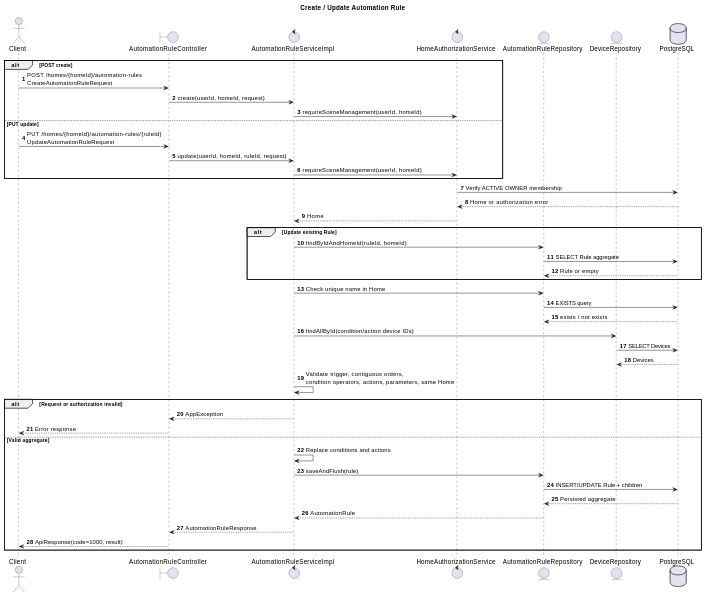
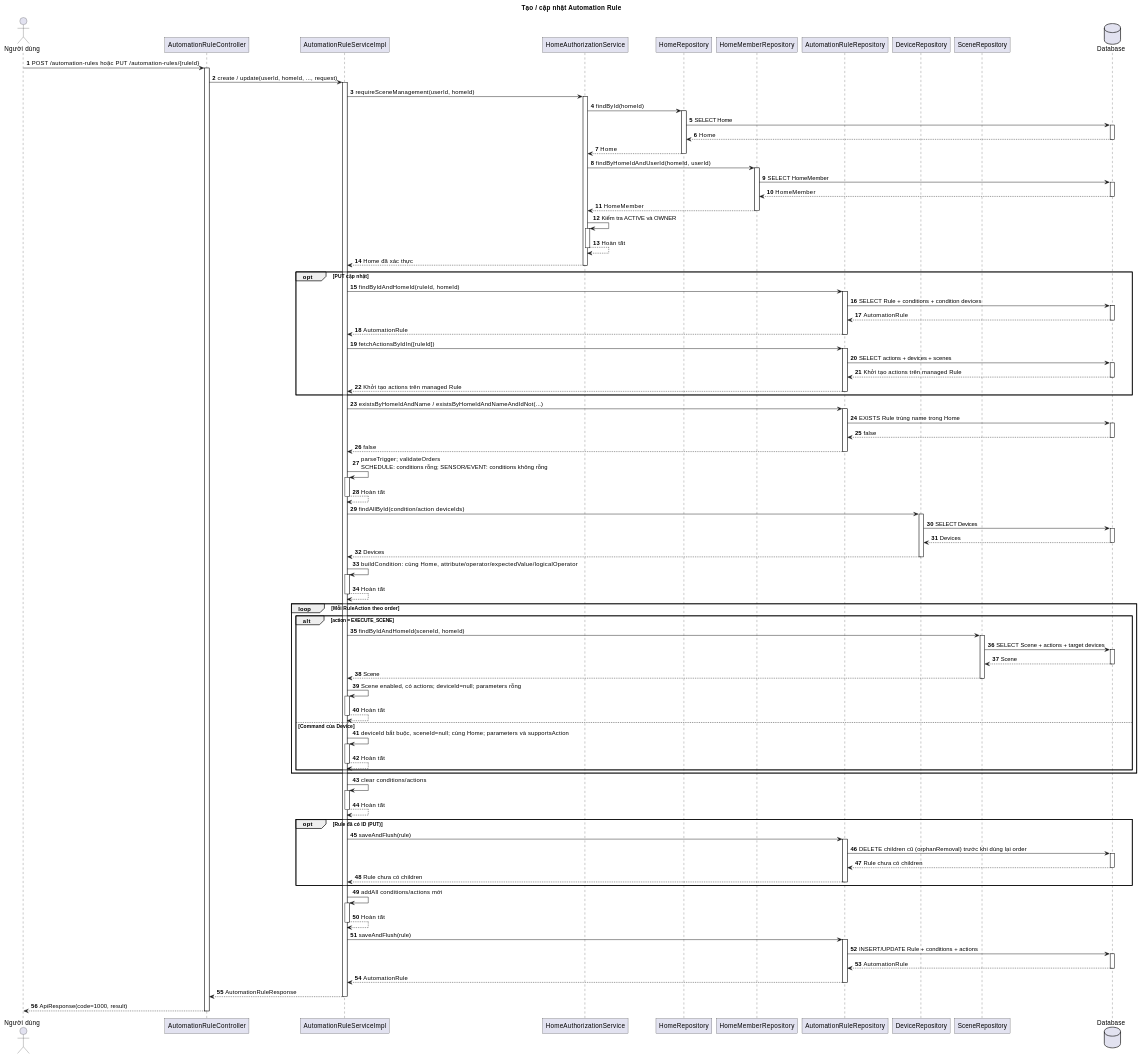
Before and after one commit to diethon/backend_hesta: the sixth of 16 diagrams in docs/AUTOMATION_BEHAVIOR_IMPLEMENTATION.md, drawn with PlantUML. The commit also changed other lines of this file and 3 other files, not shown here.

````diff
--- a/docs/AUTOMATION_BEHAVIOR_IMPLEMENTATION.md
+++ b/docs/AUTOMATION_BEHAVIOR_IMPLEMENTATION.md
@@ -490,55 +857,142 @@
 ```plantuml
 @startuml Automation_Rule_Write
-title Create / Update Automation Rule
+title Tạo / cập nhật Automation Rule
+skinparam backgroundColor white
+skinparam shadowing false
+skinparam roundcorner 0
+skinparam defaultFontName Arial
+
 autonumber
-
-actor Client
-boundary AutomationRuleController as Controller
-control AutomationRuleServiceImpl as Service
-control HomeAuthorizationService as Authorization
-entity AutomationRuleRepository as RuleRepo
-entity DeviceRepository as DeviceRepo
-database PostgreSQL as DB
-
-alt POST create
-    Client -> Controller: POST /homes/{homeId}/automation-rules\nCreateAutomationRuleRequest
-    Controller -> Service: create(userId, homeId, request)
-    Service -> Authorization: requireSceneManagement(userId, homeId)
-else PUT update
-    Client -> Controller: PUT /homes/{homeId}/automation-rules/{ruleId}\nUpdateAutomationRuleRequest
-    Controller -> Service: update(userId, homeId, ruleId, request)
-    Service -> Authorization: requireSceneManagement(userId, homeId)
+actor "Người dùng" as Client
+participant "AutomationRuleController" as Controller
+participant "AutomationRuleServiceImpl" as Service
+participant "HomeAuthorizationService" as Auth
+participant "HomeRepository" as HomeRepo
+participant "HomeMemberRepository" as MemberRepo
+participant "AutomationRuleRepository" as RuleRepo
+participant "DeviceRepository" as DeviceRepo
+participant "SceneRepository" as SceneRepo
+database "Database" as DB
+Client -> Controller: POST /automation-rules hoặc PUT /automation-rules/{ruleId}
+activate Controller
+Controller -> Service: create / update(userId, homeId, ..., request)
+activate Service
+Service -> Auth: requireSceneManagement(userId, homeId)
+activate Auth
+Auth -> HomeRepo: findById(homeId)
+activate HomeRepo
+HomeRepo -> DB: SELECT Home
+activate DB
+DB --> HomeRepo: Home
+deactivate DB
+HomeRepo --> Auth: Home
+deactivate HomeRepo
+Auth -> MemberRepo: findByHomeIdAndUserId(homeId, userId)
+activate MemberRepo
+MemberRepo -> DB: SELECT HomeMember
+activate DB
+DB --> MemberRepo: HomeMember
+deactivate DB
+MemberRepo --> Auth: HomeMember
+deactivate MemberRepo
+Auth -> Auth: Kiểm tra ACTIVE và OWNER
+activate Auth
+Auth --> Auth: Hoàn tất
+deactivate Auth
+Auth --> Service: Home đã xác thực
+deactivate Auth
+opt PUT cập nhật
+Service -> RuleRepo: findByIdAndHomeId(ruleId, homeId)
+activate RuleRepo
+RuleRepo -> DB: SELECT Rule + conditions + condition devices
+activate DB
+DB --> RuleRepo: AutomationRule
+deactivate DB
+RuleRepo --> Service: AutomationRule
+deactivate RuleRepo
+Service -> RuleRepo: fetchActionsByIdIn([ruleId])
+activate RuleRepo
+RuleRepo -> DB: SELECT actions + devices + scenes
+activate DB
+DB --> RuleRepo: Khởi tạo actions trên managed Rule
+deactivate DB
+RuleRepo --> Service: Khởi tạo actions trên managed Rule
+deactivate RuleRepo
 end
-
-Authorization -> DB: Verify ACTIVE OWNER membership
-DB --> Authorization: Home or authorization error
-Authorization --> Service: Home
-
-alt Update existing Rule
-    Service -> RuleRepo: findByIdAndHomeId(ruleId, homeId)
-    RuleRepo -> DB: SELECT Rule aggregate
-    DB --> RuleRepo: Rule or empty
+Service -> RuleRepo: existsByHomeIdAndName / existsByHomeIdAndNameAndIdNot(...)
+activate RuleRepo
+RuleRepo -> DB: EXISTS Rule trùng name trong Home
+activate DB
+DB --> RuleRepo: false
+deactivate DB
+RuleRepo --> Service: false
+deactivate RuleRepo
+Service -> Service: parseTrigger; validateOrders\nSCHEDULE: conditions rỗng; SENSOR/EVENT: conditions không rỗng
+activate Service
+Service --> Service: Hoàn tất
+deactivate Service
+Service -> DeviceRepo: findAllById(condition/action deviceIds)
+activate DeviceRepo
+DeviceRepo -> DB: SELECT Devices
+activate DB
+DB --> DeviceRepo: Devices
+deactivate DB
+DeviceRepo --> Service: Devices
+deactivate DeviceRepo
+Service -> Service: buildCondition: cùng Home, attribute/operator/expectedValue/logicalOperator
+activate Service
+Service --> Service: Hoàn tất
+deactivate Service
+loop Mỗi RuleAction theo order
+alt action = EXECUTE_SCENE
+Service -> SceneRepo: findByIdAndHomeId(sceneId, homeId)
+activate SceneRepo
+SceneRepo -> DB: SELECT Scene + actions + target devices
+activate DB
+DB --> SceneRepo: Scene
+deactivate DB
+SceneRepo --> Service: Scene
+deactivate SceneRepo
+Service -> Service: Scene enabled, có actions; deviceId=null; parameters rỗng
+activate Service
+Service --> Service: Hoàn tất
+deactivate Service
+else Command của Device
+Service -> Service: deviceId bắt buộc, sceneId=null; cùng Home; parameters và supportsAction
+activate Service
+Service --> Service: Hoàn tất
+deactivate Service
 end
-
-Service -> RuleRepo: Check unique name in Home
-RuleRepo -> DB: EXISTS query
-DB --> RuleRepo: exists / not exists
-Service -> DeviceRepo: findAllById(condition/action device IDs)
-DeviceRepo -> DB: SELECT Devices
-DB --> DeviceRepo: Devices
-Service -> Service: Validate trigger, contiguous orders,\ncondition operators, actions, parameters, same Home
-
-alt Request or authorization invalid
-    Service --> Controller: AppException
-    Controller --> Client: Error response
-else Valid aggregate
-    Service -> Service: Replace conditions and actions
-    Service -> RuleRepo: saveAndFlush(rule)
-    RuleRepo -> DB: INSERT/UPDATE Rule + children
-    DB --> RuleRepo: Persisted aggregate
-    RuleRepo --> Service: AutomationRule
-    Service --> Controller: AutomationRuleResponse
-    Controller --> Client: ApiResponse(code=1000, result)
 end
+Service -> Service: clear conditions/actions
+activate Service
+Service --> Service: Hoàn tất
+deactivate Service
+opt Rule đã có ID (PUT)
+Service -> RuleRepo: saveAndFlush(rule)
+activate RuleRepo
+RuleRepo -> DB: DELETE children cũ (orphanRemoval) trước khi dùng lại order
+activate DB
+DB --> RuleRepo: Rule chưa có children
+deactivate DB
+RuleRepo --> Service: Rule chưa có children
+deactivate RuleRepo
+end
+Service -> Service: addAll conditions/actions mới
+activate Service
+Service --> Service: Hoàn tất
+deactivate Service
+Service -> RuleRepo: saveAndFlush(rule)
+activate RuleRepo
+RuleRepo -> DB: INSERT/UPDATE Rule + conditions + actions
+activate DB
+DB --> RuleRepo: AutomationRule
+deactivate DB
+RuleRepo --> Service: AutomationRule
+deactivate RuleRepo
+Service --> Controller: AutomationRuleResponse
+deactivate Service
+Controller --> Client: ApiResponse(code=1000, result)
+deactivate Controller
 @enduml
 ```
````
